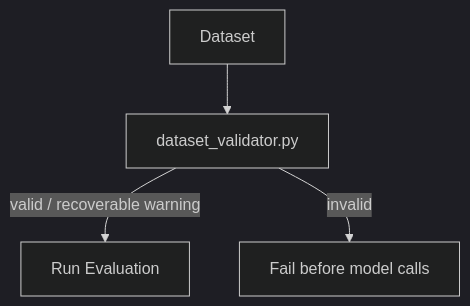
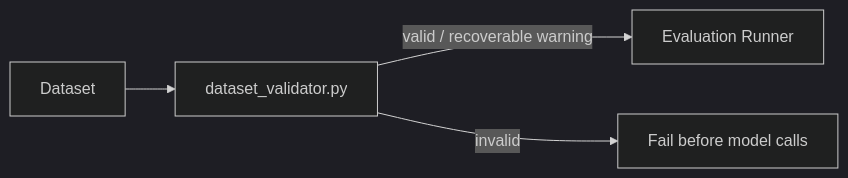
One commit to oleksandrserhieiev-beep/ai-qe-lab changed the third of 8 diagrams in docs/architecture.md. Above: the diagram before and after it, drawn with Mermaid (dark theme). The commit also changed other lines of this file, not shown here.

Commit message:
Separate SUT evaluation validation and CI pipelines

````diff
--- a/docs/architecture.md
+++ b/docs/architecture.md
@@ -109,6 +120,6 @@
 ```mermaid
-flowchart TD
+flowchart LR
     D[Dataset] --> V[dataset_validator.py]
-    V -->|valid / recoverable warning| R[Run Evaluation]
+    V -->|valid / recoverable warning| R[Evaluation Runner]
     V -->|invalid| F[Fail before model calls]
 ```
````
